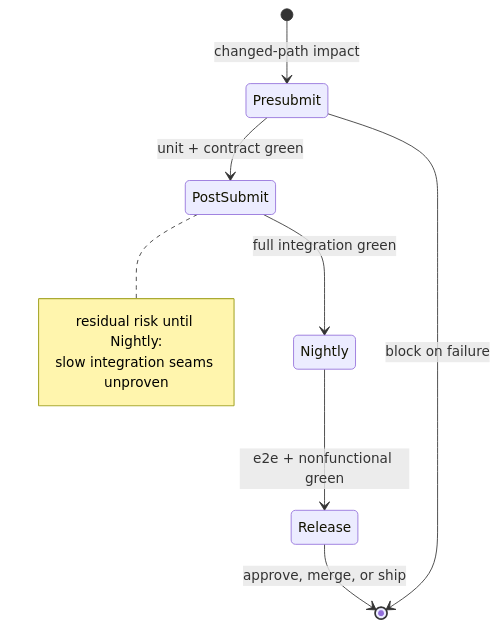
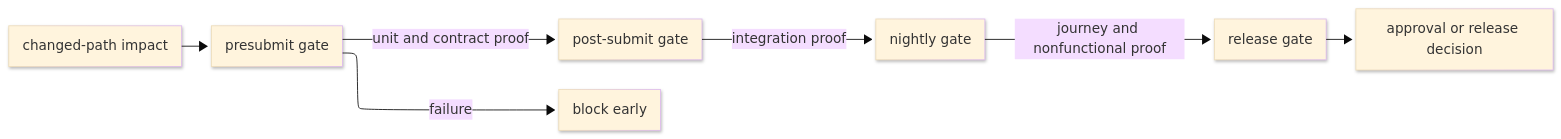
The diagram in docs/standards/explanation/test-strategy.md (bsamiee/Rasm), drawn with Mermaid before and after one commit. The commit also changed other lines of this file and 18 other files, not shown here.

Commit message:
Refine standards Mermaid diagrams

````diff
--- a/docs/standards/explanation/test-strategy.md
+++ b/docs/standards/explanation/test-strategy.md
@@ -249,13 +259,21 @@
-```mermaid conceptual
-stateDiagram-v2
-    [*] --> Presubmit: changed-path impact
-    Presubmit --> PostSubmit: unit + contract green
-    PostSubmit --> Nightly: full integration green
-    Nightly --> Release: e2e + nonfunctional green
-    Release --> [*]: approve, merge, or ship
-    Presubmit --> [*]: block on failure
-    note right of PostSubmit
-        residual risk until Nightly:
-        slow integration seams unproven
-    end note
+```mermaid
+---
+config:
+  layout: elk
+  look: neo
+  theme: base
+  elk:
+    mergeEdges: false
+    nodePlacementStrategy: BRANDES_KOEPF
+    cycleBreakingStrategy: GREEDY_MODEL_ORDER
+---
+flowchart LR
+    accTitle: Test gate latency order
+    accDescr: Testing gates move from presubmit through post-submit, nightly, and release gates, with failures blocking early and later gates adding broader proof before approval or release.
+    Change["changed-path impact"] --> Presubmit["presubmit gate"]
+    Presubmit -->|unit and contract proof| PostSubmit["post-submit gate"]
+    PostSubmit -->|integration proof| Nightly["nightly gate"]
+    Nightly -->|journey and nonfunctional proof| Release["release gate"]
+    Release --> Decision["approval or release decision"]
+    Presubmit -->|failure| Block["block early"]
 ```
````
